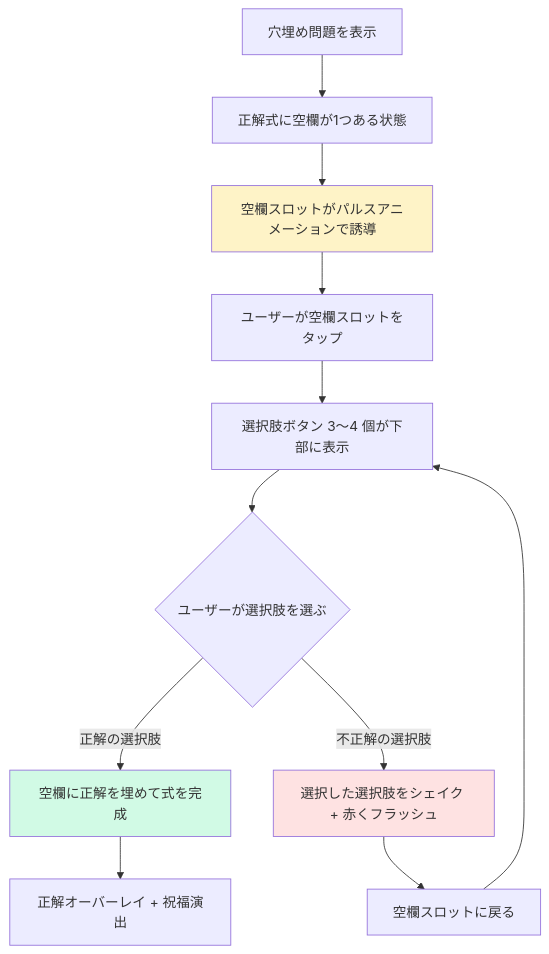
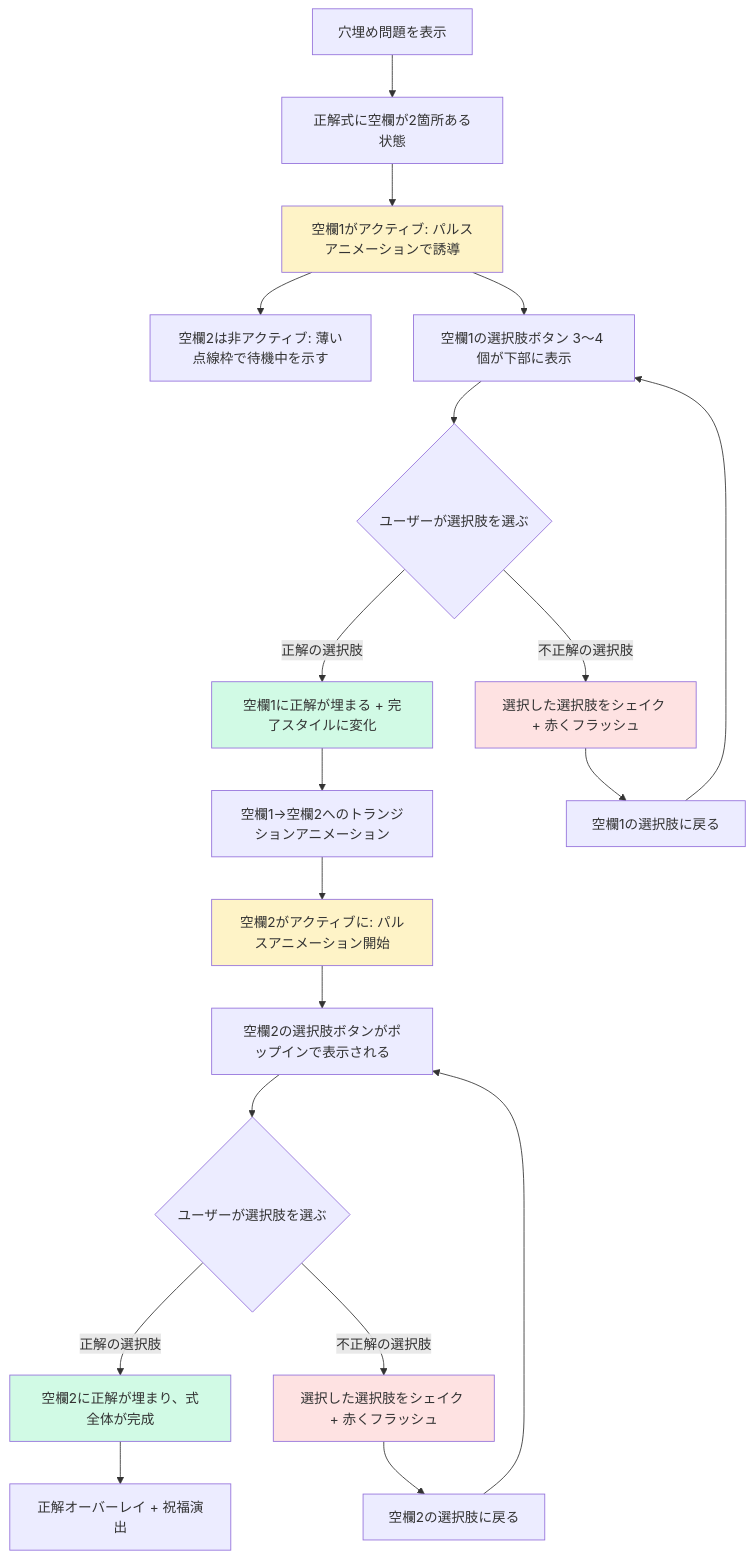
Before and after one commit to kaionn/make-10-pwa: the third of 9 diagrams in docs/plan/ux-design.md, drawn with Mermaid. The commit also changed other lines of this file and 1 other file, not shown here.

````diff
--- a/docs/plan/ux-design.md
+++ b/docs/plan/ux-design.md
@@ -136,17 +146,28 @@
 ```mermaid
 flowchart TD
-    A[穴埋め問題を表示] --> B[正解式に空欄が1つある状態]
-    B --> C[空欄スロットがパルスアニメーションで誘導]
-    C --> D[ユーザーが空欄スロットをタップ]
-    D --> E[選択肢ボタン 3〜4 個が下部に表示]
-    E --> F{ユーザーが選択肢を選ぶ}
-    F -->|正解の選択肢| G[空欄に正解を埋めて式を完成]
-    G --> H[正解オーバーレイ + 祝福演出]
-    F -->|不正解の選択肢| I[選択した選択肢をシェイク + 赤くフラッシュ]
-    I --> J[空欄スロットに戻る]
-    J --> E
+    A[穴埋め問題を表示] --> B[正解式に空欄が2箇所ある状態]
+    B --> C[空欄1がアクティブ: パルスアニメーションで誘導]
+    C --> C2[空欄2は非アクティブ: 薄い点線枠で待機中を示す]
+    C --> D[空欄1の選択肢ボタン 3〜4 個が下部に表示]
+    D --> F{ユーザーが選択肢を選ぶ}
+    F -->|正解の選択肢| G[空欄1に正解が埋まる + 完了スタイルに変化]
+    G --> G2[空欄1→空欄2へのトランジションアニメーション]
+    G2 --> H[空欄2がアクティブに: パルスアニメーション開始]
+    H --> H2[空欄2の選択肢ボタンがポップインで表示される]
+    H2 --> I{ユーザーが選択肢を選ぶ}
+    I -->|正解の選択肢| J[空欄2に正解が埋まり、式全体が完成]
+    J --> K[正解オーバーレイ + 祝福演出]
+    I -->|不正解の選択肢| L2[選択した選択肢をシェイク + 赤くフラッシュ]
+    L2 --> M2[空欄2の選択肢に戻る]
+    M2 --> H2
+    F -->|不正解の選択肢| L[選択した選択肢をシェイク + 赤くフラッシュ]
+    L --> M[空欄1の選択肢に戻る]
+    M --> D
 
     style C fill:#fef3c7
+    style H fill:#fef3c7
     style G fill:#d1fae5
-    style I fill:#fee2e2
+    style J fill:#d1fae5
+    style L fill:#fee2e2
+    style L2 fill:#fee2e2
 ```
````
